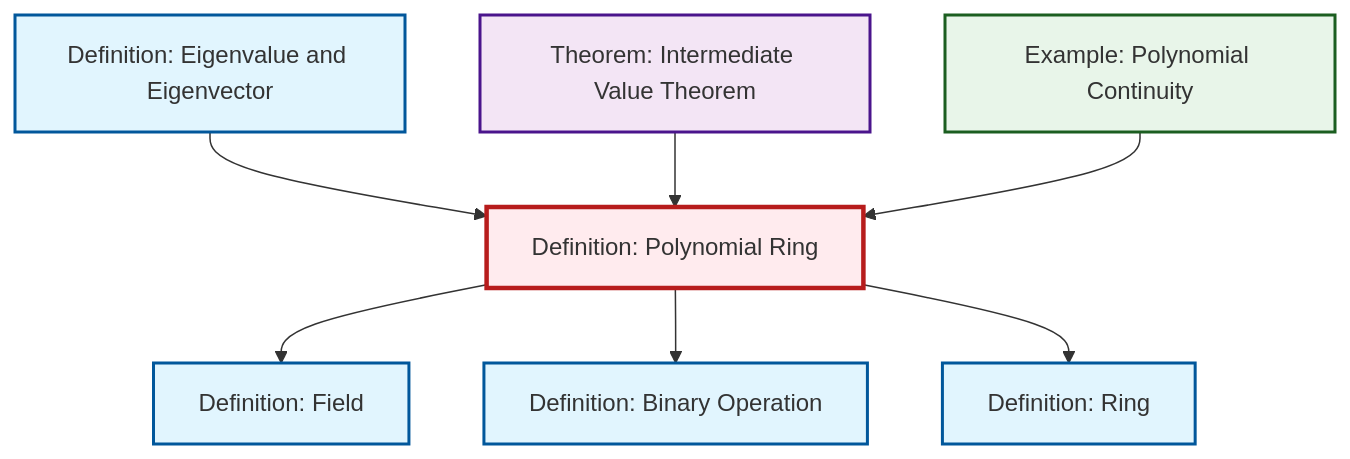
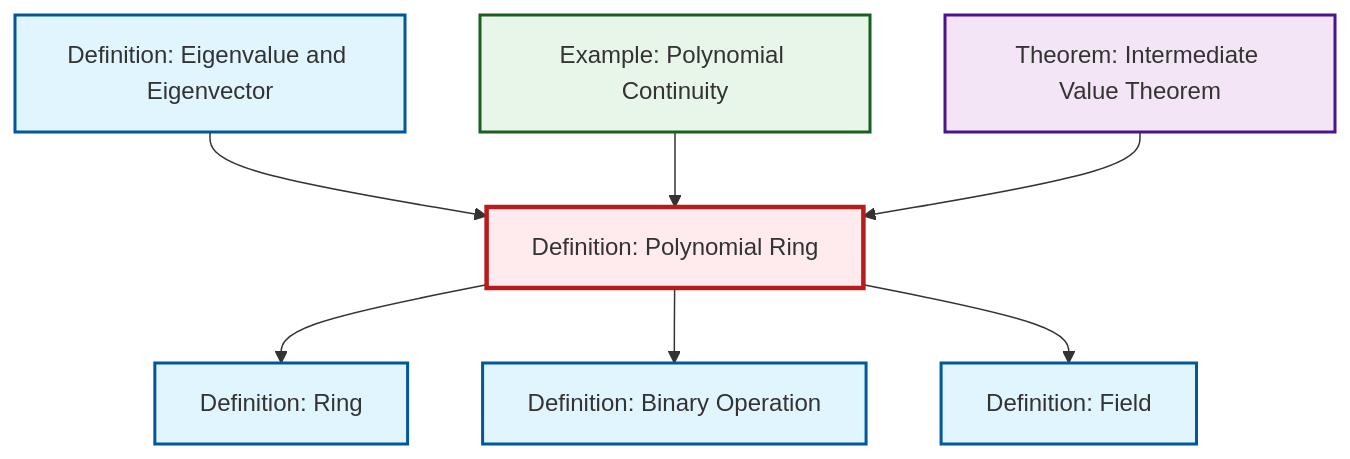
The diagram in content/en/algebra/def-polynomial-ring.qmd (RK0429/ModernMath), drawn with Mermaid before and after one commit. The commit also changed other lines of this file and 360 other files, not shown here.

````diff
--- a/content/en/algebra/def-polynomial-ring.qmd
+++ b/content/en/algebra/def-polynomial-ring.qmd
@@ -93,29 +93,29 @@
 ```{mermaid}
 %%| fig-cap: "Local dependency graph"
 graph TD
     classDef definition fill:#e1f5fe,stroke:#01579b,stroke-width:2px
     classDef theorem fill:#f3e5f5,stroke:#4a148c,stroke-width:2px
     classDef axiom fill:#fff3e0,stroke:#e65100,stroke-width:2px
     classDef example fill:#e8f5e9,stroke:#1b5e20,stroke-width:2px
     classDef current fill:#ffebee,stroke:#b71c1c,stroke-width:3px
+    ex-polynomial-continuity["Example: Polynomial Continuity"]:::example
+    def-field["Definition: Field"]:::definition
+    thm-intermediate-value["Theorem: Intermediate Value Theorem"]:::theorem
+    def-eigenvalue-eigenvector["Definition: Eigenvalue and Eigenvector"]:::definition
+    def-polynomial-ring["Definition: Polynomial Ring"]:::definition
+    def-ring["Definition: Ring"]:::definition
     def-binary-operation["Definition: Binary Operation"]:::definition
-    def-eigenvalue-eigenvector["Definition: Eigenvalue and Eigenvector"]:::definition
-    thm-intermediate-value["Theorem: Intermediate Value Theorem"]:::theorem
-    def-polynomial-ring["Definition: Polynomial Ring"]:::definition
-    def-field["Definition: Field"]:::definition
-    def-ring["Definition: Ring"]:::definition
-    ex-polynomial-continuity["Example: Polynomial Continuity"]:::example
+    def-eigenvalue-eigenvector --> def-polynomial-ring
+    def-polynomial-ring --> def-ring
+    ex-polynomial-continuity --> def-polynomial-ring
+    thm-intermediate-value --> def-polynomial-ring
+    def-polynomial-ring --> def-binary-operation
     def-polynomial-ring --> def-field
-    def-eigenvalue-eigenvector --> def-polynomial-ring
-    thm-intermediate-value --> def-polynomial-ring
-    ex-polynomial-continuity --> def-polynomial-ring
-    def-polynomial-ring --> def-binary-operation
-    def-polynomial-ring --> def-ring
     class def-polynomial-ring current
+    click ex-polynomial-continuity "ex-polynomial-continuity.html" "Go to Polynomial Continuity example"
+    click def-field "def-field.html" "Go to Field definition"
+    click thm-intermediate-value "thm-intermediate-value.html" "Go to Intermediate Value Theorem theorem"
+    click def-eigenvalue-eigenvector "def-eigenvalue-eigenvector.html" "Go to Eigenvalue and Eigenvector definition"
+    click def-ring "def-ring.html" "Go to Ring definition"
     click def-binary-operation "def-binary-operation.html" "Go to Binary Operation definition"
-    click def-eigenvalue-eigenvector "def-eigenvalue-eigenvector.html" "Go to Eigenvalue and Eigenvector definition"
-    click thm-intermediate-value "thm-intermediate-value.html" "Go to Intermediate Value Theorem theorem"
-    click def-field "def-field.html" "Go to Field definition"
-    click def-ring "def-ring.html" "Go to Ring definition"
-    click ex-polynomial-continuity "ex-polynomial-continuity.html" "Go to Polynomial Continuity example"
 ```
````
